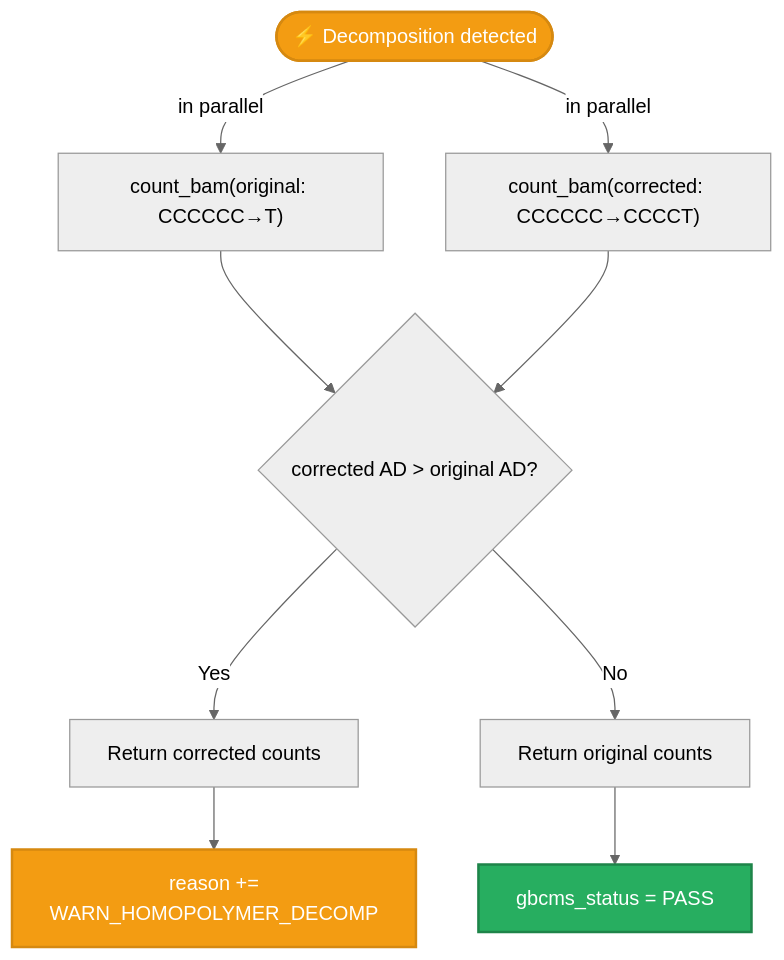
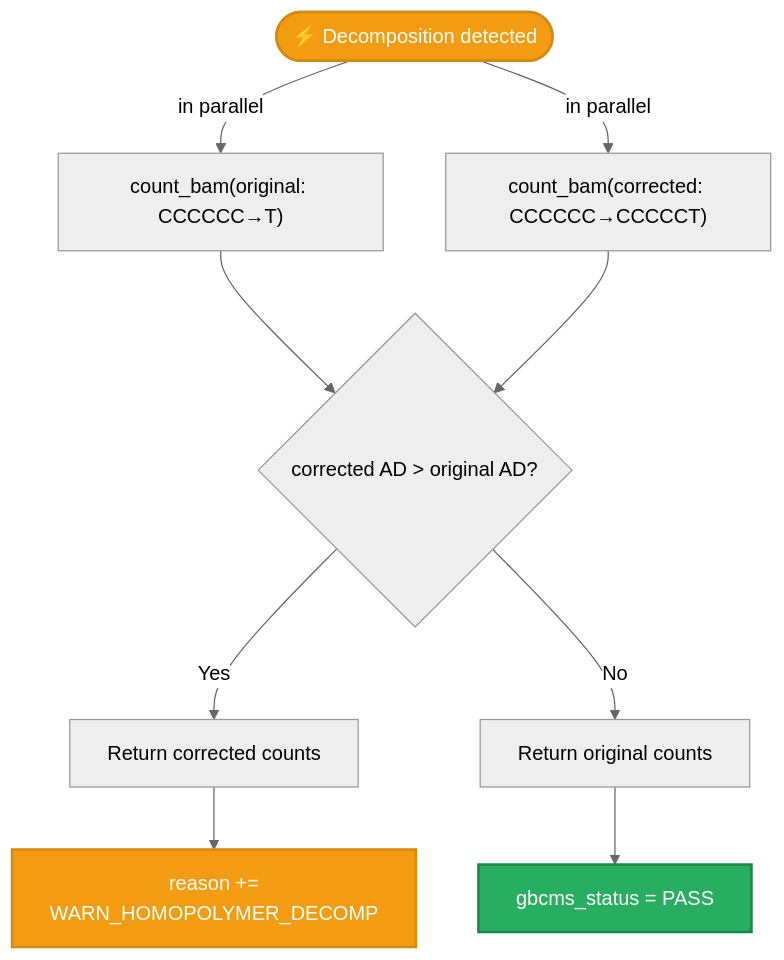
Before and after one commit to msk-access/gbcms: the fifth of 5 diagrams in docs/reference/variant-normalization.md, drawn with Mermaid (neutral theme). The commit also changed other lines of this file and 8 other files, not shown here.

````diff
--- a/docs/reference/variant-normalization.md
+++ b/docs/reference/variant-normalization.md
@@ -217,19 +217,19 @@
 ```mermaid
 flowchart TD
     Input(["⚡ Decomposition detected"]):::warn
     Input -->|"in parallel"| CountOrig
     Input -->|"in parallel"| CountDecomp
 
     CountOrig["count_bam(original: CCCCCC→T)"]
-    CountDecomp["count_bam(corrected: CCCCCC→CCCCT)"]
+    CountDecomp["count_bam(corrected: CCCCCC→CCCCCT)"]
 
     CountOrig --> Compare
     CountDecomp --> Compare
     Compare{"corrected AD > original AD?"}
 
     Compare -->|"Yes"| UseDecomp["Return corrected counts"] --> FlagWarn["reason +=\nWARN_HOMOPOLYMER_DECOMP"]:::warn
     Compare -->|"No"| UseOrig["Return original counts"] --> FlagPass["gbcms_status = PASS"]:::pass
 
     classDef warn fill:#f39c12,color:#fff,stroke:#d68910,stroke-width:2px;
     classDef pass fill:#27ae60,color:#fff,stroke:#1e8449,stroke-width:2px;
 ```
````
